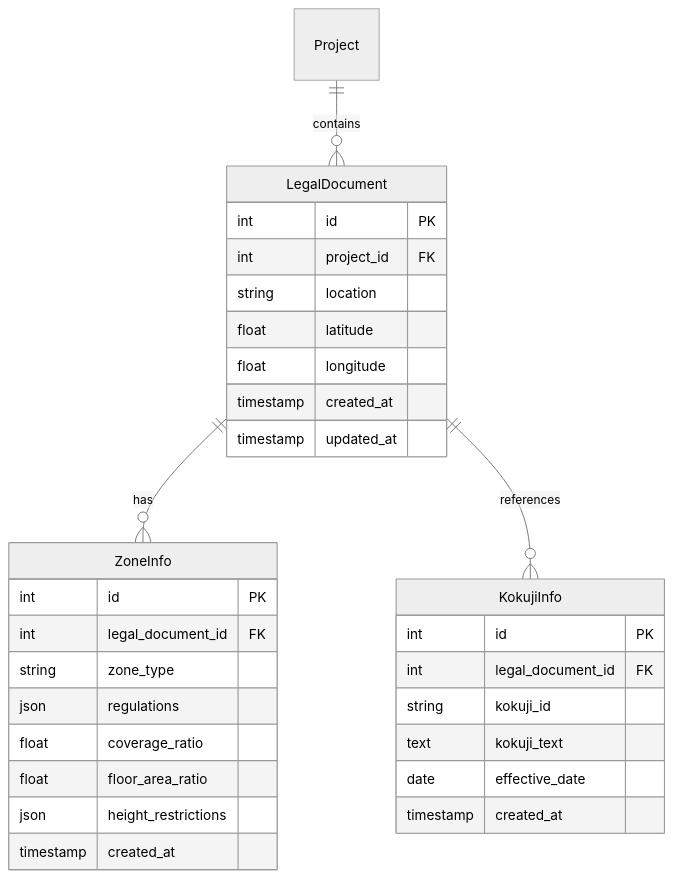
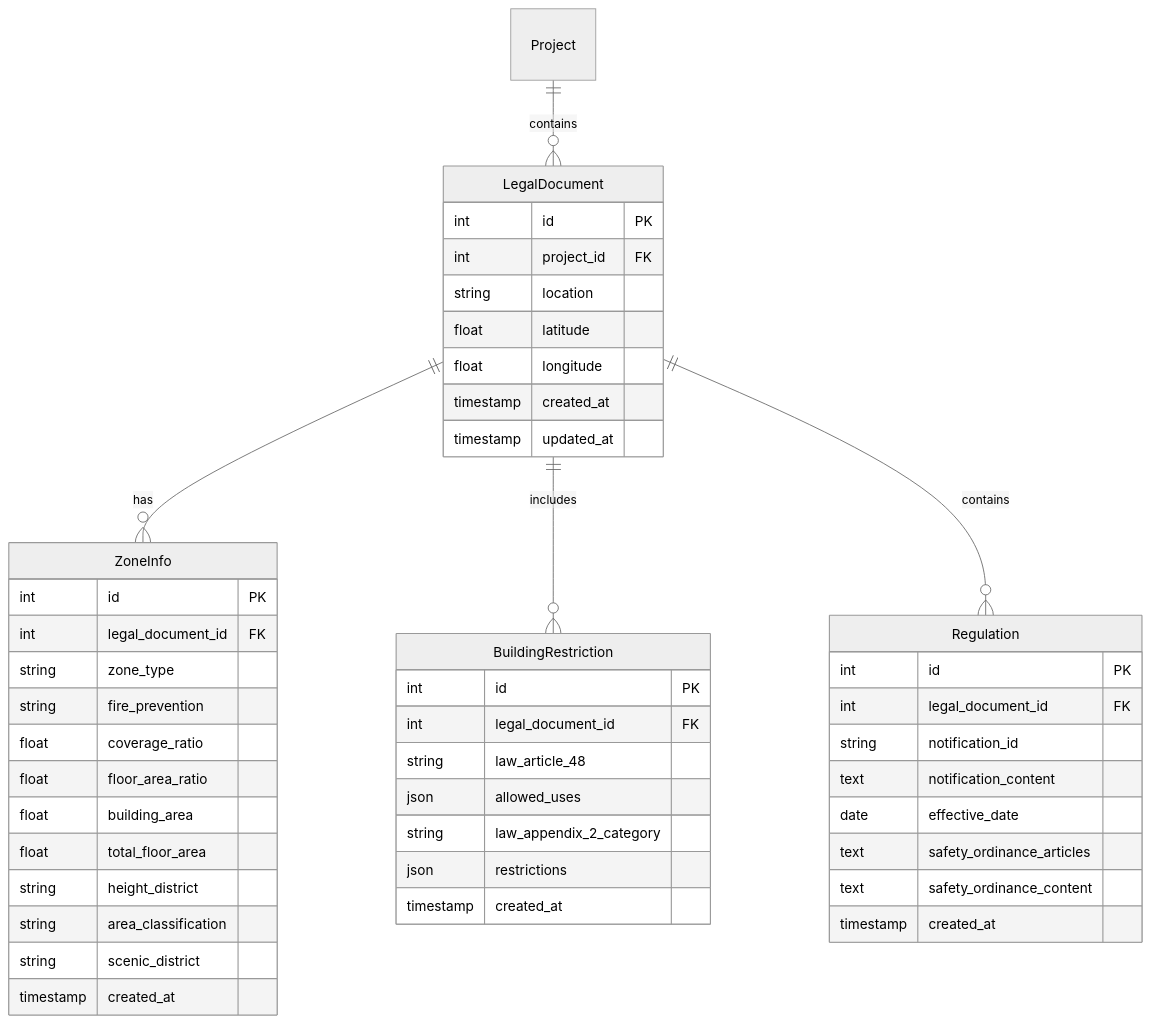
The ninth of 16 diagrams in docs/development-schema.md (kamekamek/legal_api), drawn with Mermaid (neutral theme) before and after one commit. The commit also changed other lines of this file and 2 other files, not shown here.

First line of the commit message:
docs: Add TODO list and enhance legal document schema documentation

````diff
--- a/docs/development-schema.md
+++ b/docs/development-schema.md
@@ -218,36 +218,53 @@
 ```mermaid
 erDiagram
     Project ||--o{ LegalDocument : contains
     LegalDocument ||--o{ ZoneInfo : has
-    LegalDocument ||--o{ KokujiInfo : references
+    LegalDocument ||--o{ BuildingRestriction : includes
+    LegalDocument ||--o{ Regulation : contains
     
     LegalDocument {
         int id PK
         int project_id FK
         string location
         float latitude
         float longitude
         timestamp created_at
         timestamp updated_at
     }
     
     ZoneInfo {
         int id PK
         int legal_document_id FK
         string zone_type
-        json regulations
+        string fire_prevention
         float coverage_ratio
         float floor_area_ratio
-        json height_restrictions
+        float building_area
+        float total_floor_area
+        string height_district
+        string area_classification
+        string scenic_district
         timestamp created_at
     }
     
-    KokujiInfo {
+    BuildingRestriction {
         int id PK
         int legal_document_id FK
-        string kokuji_id
-        text kokuji_text
+        string law_article_48
+        json allowed_uses
+        string law_appendix_2_category
+        json restrictions
+        timestamp created_at
+    }
+    
+    Regulation {
+        int id PK
+        int legal_document_id FK
+        string notification_id
+        text notification_content
         date effective_date
+        text safety_ordinance_articles
+        text safety_ordinance_content
         timestamp created_at
     }
 ```
````
